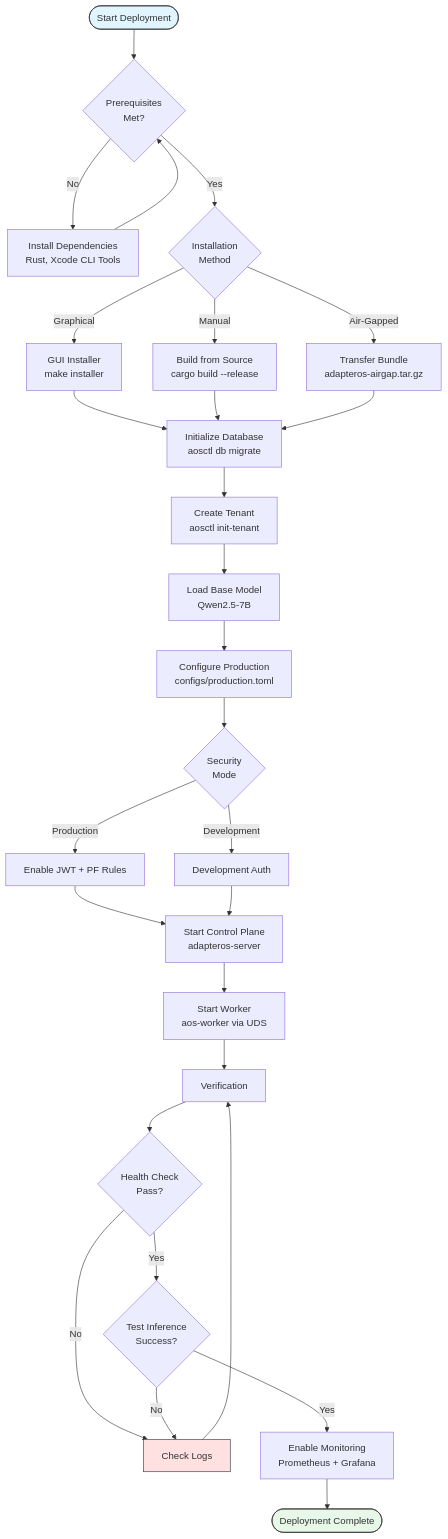
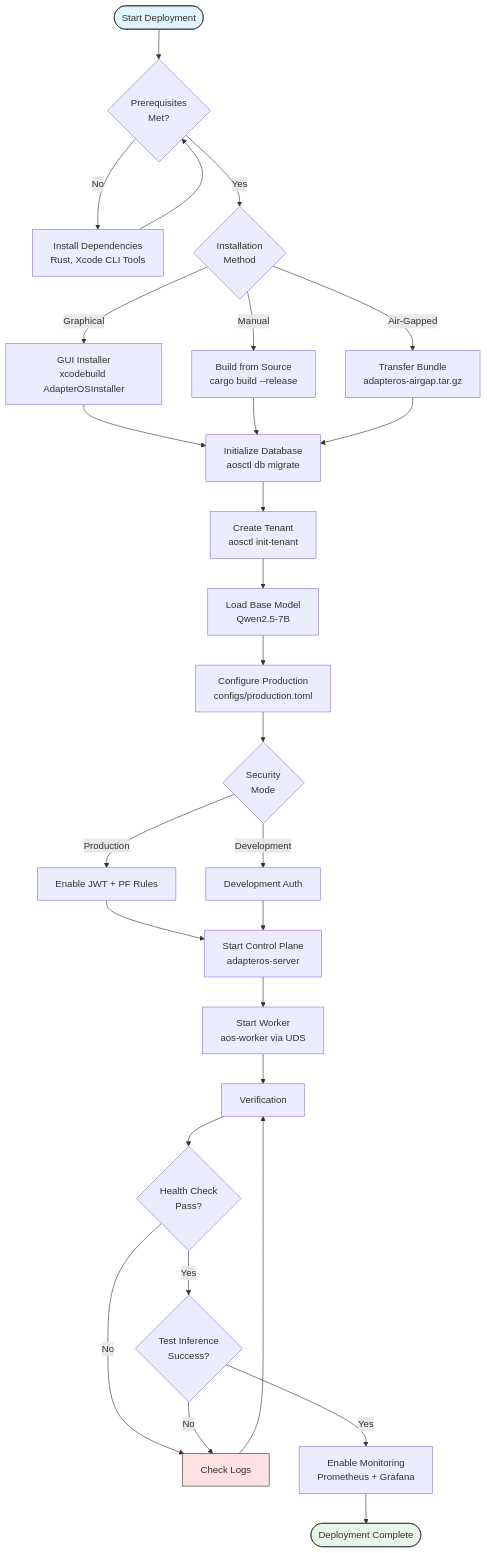
Before and after one commit to rogu3bear/adapter-os: the second of 3 diagrams in docs/DEPLOYMENT.md, drawn with Mermaid. The commit also changed other lines of this file and 57 other files, not shown here.

````diff
--- a/docs/DEPLOYMENT.md
+++ b/docs/DEPLOYMENT.md
@@ -87,45 +87,45 @@
 ```mermaid
 flowchart TD
     Start([Start Deployment]) --> PreCheck{Prerequisites<br/>Met?}
 
     PreCheck -->|No| InstallDeps[Install Dependencies<br/>Rust, Xcode CLI Tools]
     InstallDeps --> PreCheck
 
     PreCheck -->|Yes| ChooseMethod{Installation<br/>Method}
 
-    ChooseMethod -->|Graphical| Installer[GUI Installer<br/>make installer]
+    ChooseMethod -->|Graphical| Installer[GUI Installer<br/>xcodebuild AdapterOSInstaller]
     ChooseMethod -->|Manual| Build[Build from Source<br/>cargo build --release]
     ChooseMethod -->|Air-Gapped| Bundle[Transfer Bundle<br/>adapteros-airgap.tar.gz]
 
     Installer --> InitDB[Initialize Database<br/>aosctl db migrate]
     Build --> InitDB
     Bundle --> InitDB
 
     InitDB --> Tenant[Create Tenant<br/>aosctl init-tenant]
     Tenant --> LoadModel[Load Base Model<br/>Qwen2.5-7B]
     LoadModel --> Config[Configure Production<br/>configs/production.toml]
 
     Config --> Security{Security<br/>Mode}
     Security -->|Production| SecConfig[Enable JWT + PF Rules]
     Security -->|Development| DevConfig[Development Auth]
 
     SecConfig --> StartCP[Start Control Plane<br/>adapteros-server]
     DevConfig --> StartCP
 
     StartCP --> StartWorker[Start Worker<br/>aos-worker via UDS]
     StartWorker --> Verify[Verification]
 
     Verify --> HealthCheck{Health Check<br/>Pass?}
     HealthCheck -->|No| Debug[Check Logs]
     Debug --> Verify
 
     HealthCheck -->|Yes| Inference{Test Inference<br/>Success?}
     Inference -->|No| Debug
 
     Inference -->|Yes| Monitor[Enable Monitoring<br/>Prometheus + Grafana]
     Monitor --> Complete([Deployment Complete])
 
     style Start fill:#e1f5ff,stroke:#333
     style Complete fill:#e8f8e8,stroke:#333
     style Debug fill:#ffe1e1,stroke:#333
 ```
````
